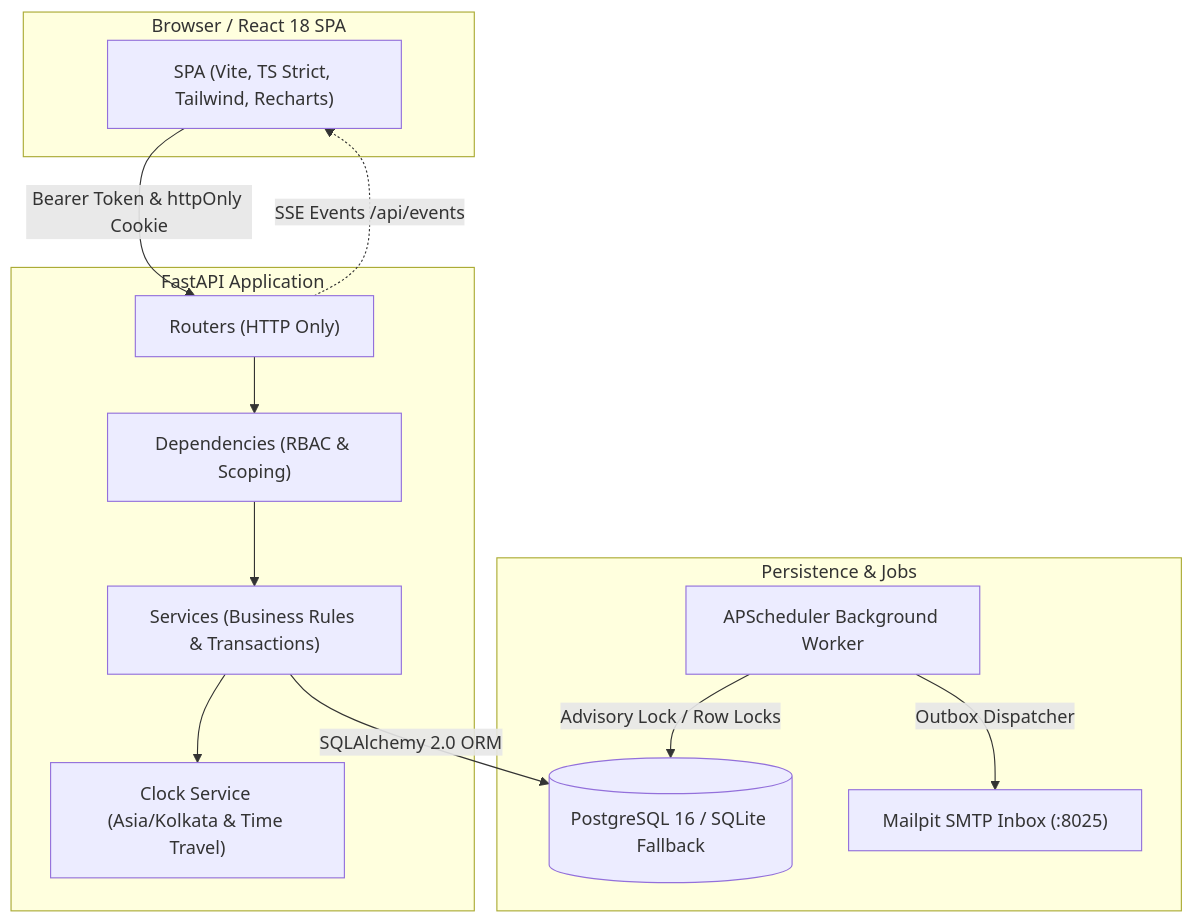
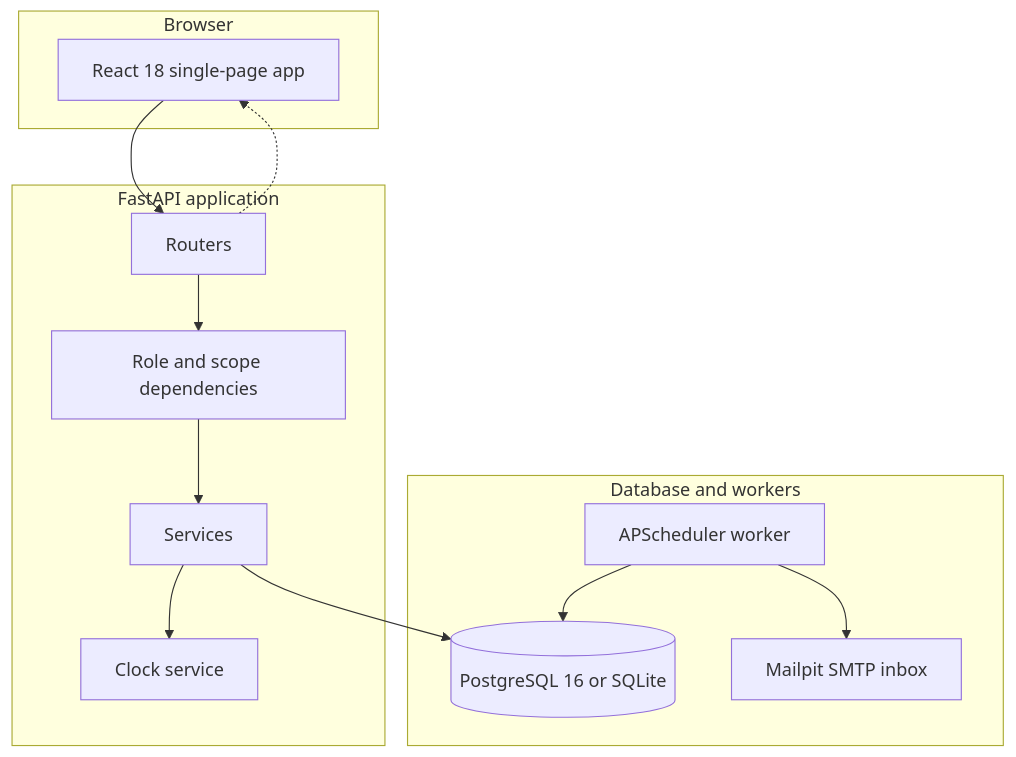
The diagram in README.md (Harisankar005/orbitledger-subscription-ops), drawn with Mermaid before and after one commit. The commit also changed other lines of this file and 6 other files, not shown here.

````diff
--- a/README.md
+++ b/README.md
@@ -73,28 +73,28 @@
 ```mermaid
 flowchart TD
-    subgraph Client [Browser / React 18 SPA]
-        A["SPA (Vite, TS Strict, Tailwind, Recharts)"]
+    subgraph Client [Browser]
+        A["React 18 single-page app"]
     end
 
-    subgraph API [FastAPI Application]
-        B["Routers (HTTP Only)"]
-        C["Dependencies (RBAC & Scoping)"]
-        D["Services (Business Rules & Transactions)"]
-        E["Clock Service (Asia/Kolkata & Time Travel)"]
+    subgraph API [FastAPI application]
+        B["Routers"]
+        C["Role and scope dependencies"]
+        D["Services"]
+        E["Clock service"]
     end
 
-    subgraph Storage [Persistence & Jobs]
-        F[("PostgreSQL 16 / SQLite Fallback")]
-        G["APScheduler Background Worker"]
-        H["Mailpit SMTP Inbox (:8025)"]
+    subgraph Storage [Database and workers]
+        F[("PostgreSQL 16 or SQLite")]
+        G["APScheduler worker"]
+        H["Mailpit SMTP inbox"]
     end
 
-    A -->|Bearer Token & httpOnly Cookie| B
+    A --> B
     B --> C
     C --> D
     D --> E
-    D -->|SQLAlchemy 2.0 ORM| F
-    G -->|Advisory Lock / Row Locks| F
-    G -->|Outbox Dispatcher| H
-    B -.->|SSE Events /api/events| A
+    D --> F
+    G --> F
+    G --> H
+    B -.-> A
 ```
````
